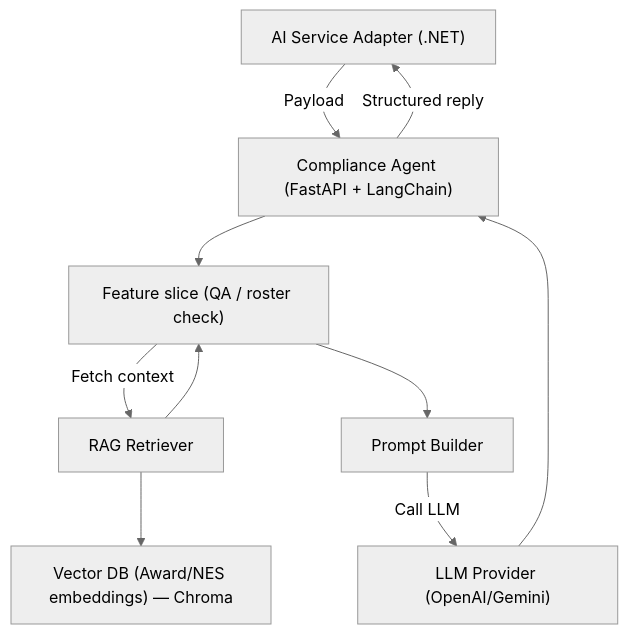
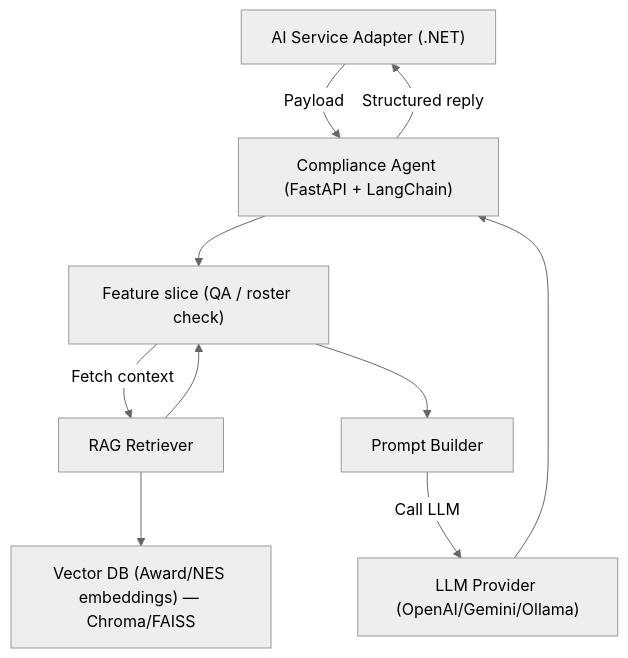
Before and after one commit to FairWorkly/FairWorkly: the first of 4 diagrams in agent-service/readme.md, drawn with Mermaid (neutral theme). The commit also changed other lines of this file, not shown here.

Commit message:
#24/update readme to add rag flow, api design, evaluation pipeline

````diff
--- a/agent-service/readme.md
+++ b/agent-service/readme.md
@@ -92,16 +93,16 @@
 ```mermaid
 flowchart TD
     Adapter["AI Service Adapter (.NET)"]
     Agent["Compliance Agent (FastAPI + LangChain)"]
     Feature["Feature slice (QA / roster check)"]
     Retrieval["RAG Retriever"]
-    VectorDB["Vector DB (Award/NES embeddings) — Chroma"]
+    VectorDB["Vector DB (Award/NES embeddings) — Chroma/FAISS"]
     Prompt["Prompt Builder"]
-    LLM["LLM Provider (OpenAI/Gemini)"]
+    LLM["LLM Provider (OpenAI/Gemini/Ollama)"]
 
     Adapter -->|"Payload"| Agent --> Feature
     Feature -->|Fetch context| Retrieval --> VectorDB
     Retrieval --> Feature
     Feature --> Prompt -->|Call LLM| LLM
     LLM --> Agent -->|"Structured reply"| Adapter
 ```
````
